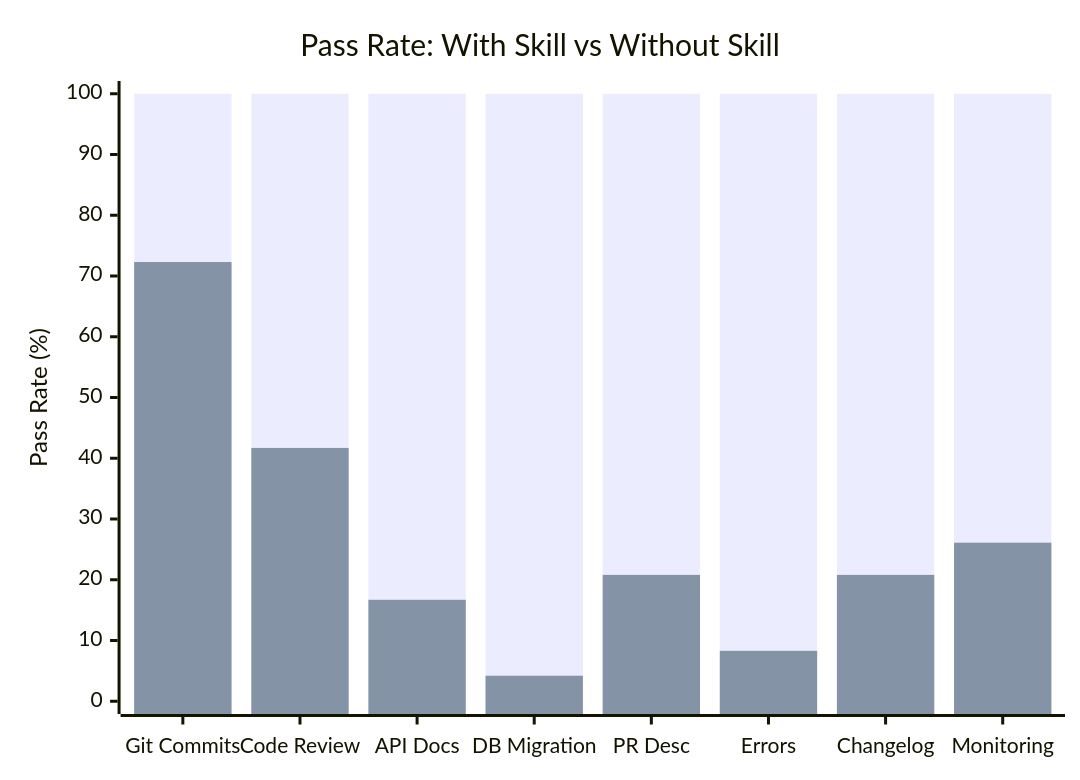
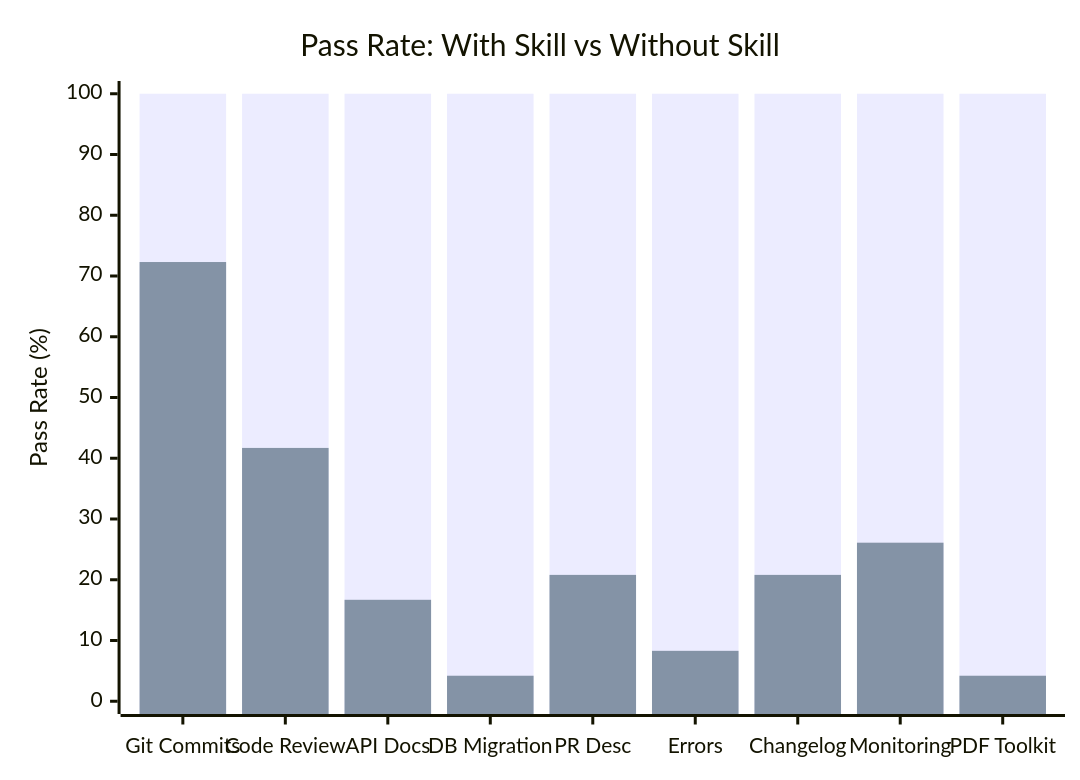
The first of 3 diagrams in examples/README.md (accolver/skill-maker), drawn with Mermaid before and after one commit. The commit also changed other lines of this file and 5044 other files, not shown here.

First line of the commit message:
feat: add pdf-toolkit example skill with eval-loop benchmarks

````diff
--- a/examples/README.md
+++ b/examples/README.md
@@ -11,8 +11,8 @@
 ```mermaid
 xychart-beta
     title "Pass Rate: With Skill vs Without Skill"
-    x-axis ["Git Commits", "Code Review", "API Docs", "DB Migration", "PR Desc", "Errors", "Changelog", "Monitoring"]
+    x-axis ["Git Commits", "Code Review", "API Docs", "DB Migration", "PR Desc", "Errors", "Changelog", "Monitoring", "PDF Toolkit"]
     y-axis "Pass Rate (%)" 0 --> 100
-    bar [100, 100, 100, 100, 100, 100, 100, 100]
-    bar [72.3, 41.7, 16.7, 4.2, 20.8, 8.3, 20.8, 26.1]
+    bar [100, 100, 100, 100, 100, 100, 100, 100, 100]
+    bar [72.3, 41.7, 16.7, 4.2, 20.8, 8.3, 20.8, 26.1, 4.2]
 ```
````
